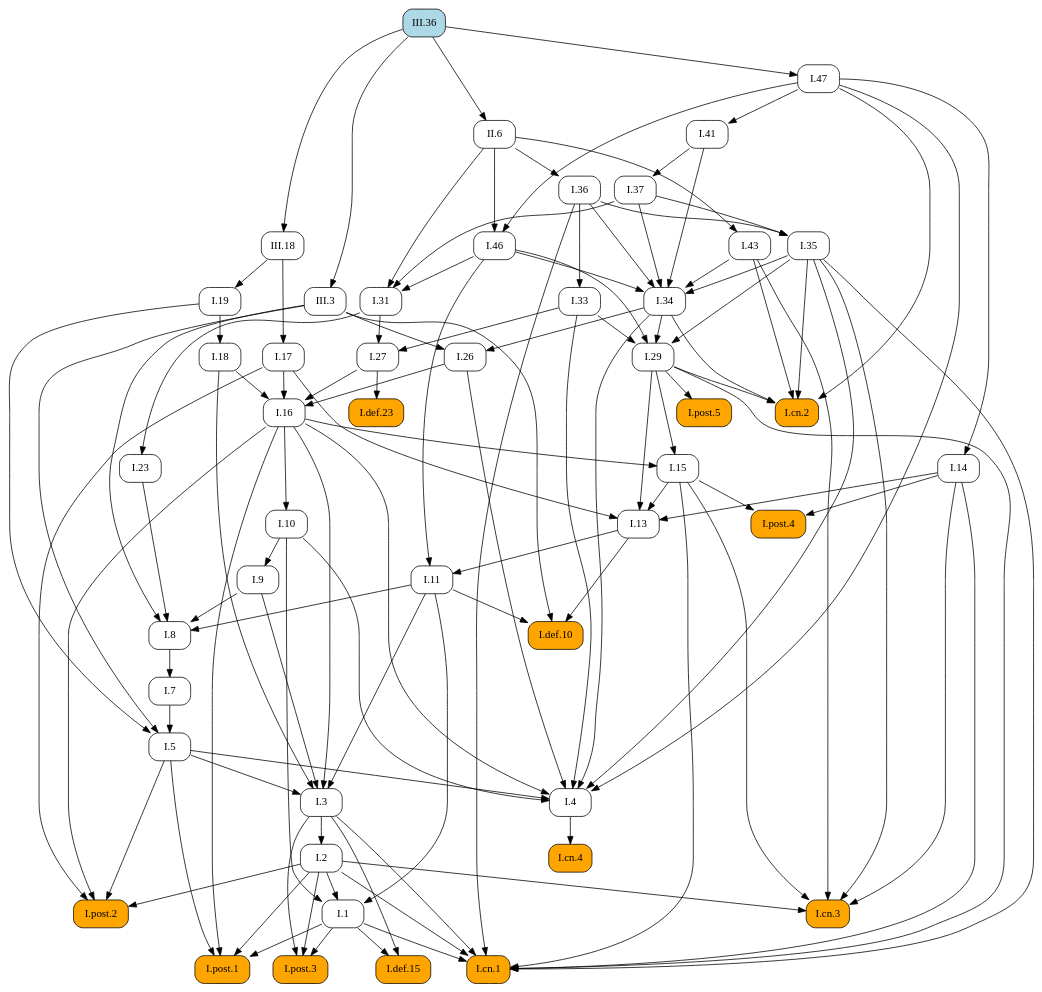
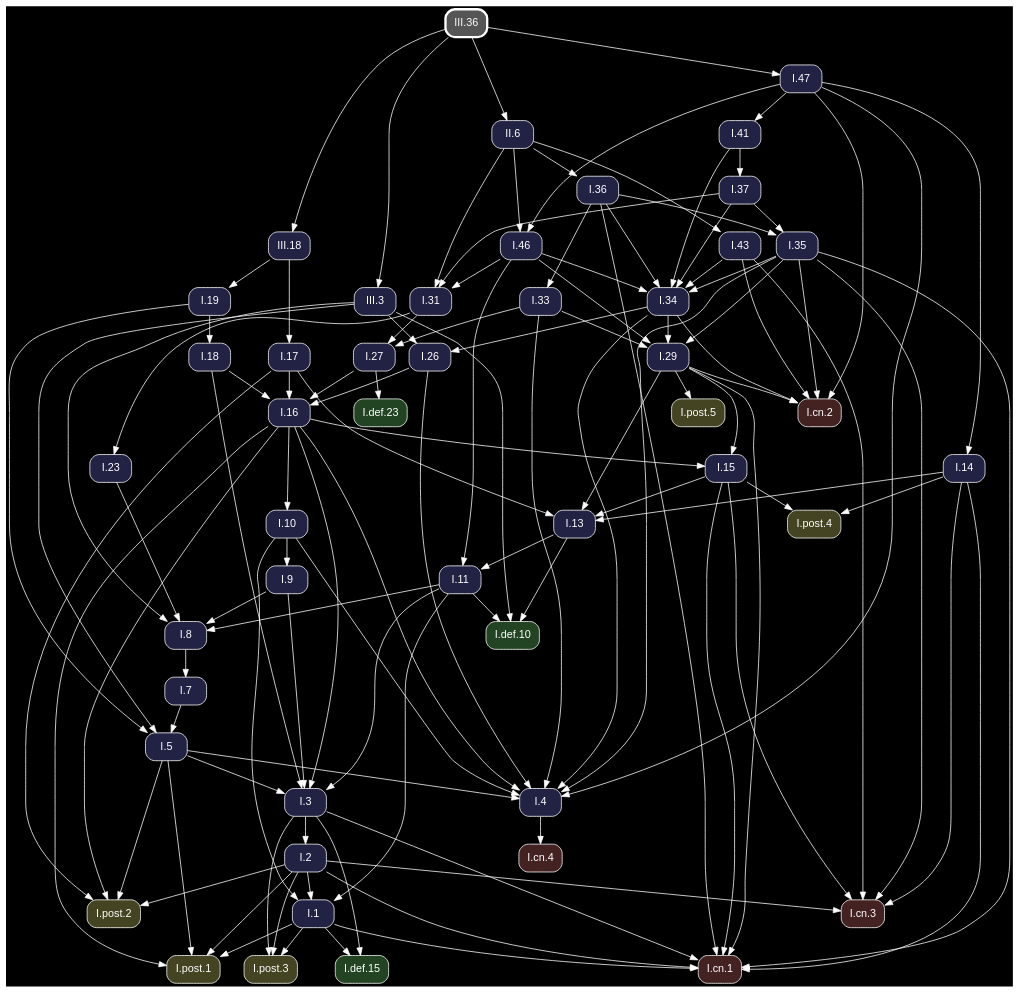
Before and after one commit to geometor/elements: the diagram in docsrc/heath/III/36/index.rst, drawn with Graphviz. The commit also changed other lines of this file and 1200 other files, not shown here.

Commit message:
update dependency graphs

```diff
--- a/docsrc/heath/III/36/index.rst
+++ b/docsrc/heath/III/36/index.rst
@@ -69,94 +69,65 @@
 .. graphviz::
 
    digraph {
+     bgcolor="black";
+     node [shape=box, style="rounded,filled", fontname="Helvetica", color="white", fontcolor="white"];
+     edge [color="white", fontcolor="white"];
      rankdir="TB";
-     node [shape=box, style=rounded];
-     "I.23" [URL="/heath/I/23/", target="_top"];
-     "I.9" [URL="/heath/I/9/", target="_top"];
-     "I.33" [URL="/heath/I/33/", target="_top"];
-     "I.def.15" [style="rounded,filled", fillcolor=orange, URL="/heath/I/def.15/", target="_top"];
-     "I.47" [URL="/heath/I/47/", target="_top"];
-     "II.6" [URL="/heath/II/6/", target="_top"];
-     "I.post.3" [style="rounded,filled", fillcolor=orange, URL="/heath/I/post.3/", target="_top"];
-     "I.post.1" [style="rounded,filled", fillcolor=orange, URL="/heath/I/post.1/", target="_top"];
-     "I.19" [URL="/heath/I/19/", target="_top"];
-     "I.43" [URL="/heath/I/43/", target="_top"];
-     "I.31" [URL="/heath/I/31/", target="_top"];
-     "I.def.10" [style="rounded,filled", fillcolor=orange, URL="/heath/I/def.10/", target="_top"];
-     "I.18" [URL="/heath/I/18/", target="_top"];
-     "I.27" [URL="/heath/I/27/", target="_top"];
-     "I.14" [URL="/heath/I/14/", target="_top"];
-     "I.34" [URL="/heath/I/34/", target="_top"];
-     "I.3" [URL="/heath/I/3/", target="_top"];
-     "I.35" [URL="/heath/I/35/", target="_top"];
-     "I.cn.1" [style="rounded,filled", fillcolor=orange, URL="/heath/I/cn.1/", target="_top"];
-     "III.18" [URL="/heath/III/18/", target="_top"];
-     "I.7" [URL="/heath/I/7/", target="_top"];
-     "I.2" [URL="/heath/I/2/", target="_top"];
-     "III.36" [style="rounded,filled", fillcolor=lightblue, URL="/heath/III/36/", target="_top"];
-     "I.36" [URL="/heath/I/36/", target="_top"];
-     "I.13" [URL="/heath/I/13/", target="_top"];
-     "I.post.4" [style="rounded,filled", fillcolor=orange, URL="/heath/I/post.4/", target="_top"];
-     "I.4" [URL="/heath/I/4/", target="_top"];
-     "I.1" [URL="/heath/I/1/", target="_top"];
-     "I.5" [URL="/heath/I/5/", target="_top"];
-     "I.8" [URL="/heath/I/8/", target="_top"];
-     "I.17" [URL="/heath/I/17/", target="_top"];
-     "III.3" [URL="/heath/III/3/", target="_top"];
-     "I.37" [URL="/heath/I/37/", target="_top"];
-     "I.cn.3" [style="rounded,filled", fillcolor=orange, URL="/heath/I/cn.3/", target="_top"];
-     "I.29" [URL="/heath/I/29/", target="_top"];
-     "I.16" [URL="/heath/I/16/", target="_top"];
-     "I.15" [URL="/heath/I/15/", target="_top"];
-     "I.10" [URL="/heath/I/10/", target="_top"];
-     "I.11" [URL="/heath/I/11/", target="_top"];
-     "I.def.23" [style="rounded,filled", fillcolor=orange, URL="/heath/I/def.23/", target="_top"];
-     "I.cn.2" [style="rounded,filled", fillcolor=orange, URL="/heath/I/cn.2/", target="_top"];
-     "I.post.5" [style="rounded,filled", fillcolor=orange, URL="/heath/I/post.5/", target="_top"];
-     "I.cn.4" [style="rounded,filled", fillcolor=orange, URL="/heath/I/cn.4/", target="_top"];
-     "I.41" [URL="/heath/I/41/", target="_top"];
-     "I.post.2" [style="rounded,filled", fillcolor=orange, URL="/heath/I/post.2/", target="_top"];
-     "I.46" [URL="/heath/I/46/", target="_top"];
-     "I.26" [URL="/heath/I/26/", target="_top"];
-     "I.31" -> "I.23";
-     "I.10" -> "I.9";
-     "I.36" -> "I.33";
-     "I.1" -> "I.def.15";
-     "I.3" -> "I.def.15";
-     "III.36" -> "I.47";
-     "III.36" -> "II.6";
-     "I.1" -> "I.post.3";
-     "I.2" -> "I.post.3";
-     "I.3" -> "I.post.3";
-     "I.1" -> "I.post.1";
-     "I.2" -> "I.post.1";
-     "I.5" -> "I.post.1";
-     "I.16" -> "I.post.1";
-     "III.18" -> "I.19";
-     "II.6" -> "I.43";
+     "I.31" [fillcolor="#222244", URL="/heath/I/31/", target="_top"];
+     "I.3" [fillcolor="#222244", URL="/heath/I/3/", target="_top"];
+     "I.cn.1" [fillcolor="#442222", URL="/heath/I/cn.1/", target="_top"];
+     "I.19" [fillcolor="#222244", URL="/heath/I/19/", target="_top"];
+     "I.def.10" [fillcolor="#224422", URL="/heath/I/def.10/", target="_top"];
+     "I.15" [fillcolor="#222244", URL="/heath/I/15/", target="_top"];
+     "III.18" [fillcolor="#222244", URL="/heath/III/18/", target="_top"];
+     "I.13" [fillcolor="#222244", URL="/heath/I/13/", target="_top"];
+     "I.27" [fillcolor="#222244", URL="/heath/I/27/", target="_top"];
+     "I.2" [fillcolor="#222244", URL="/heath/I/2/", target="_top"];
+     "I.41" [fillcolor="#222244", URL="/heath/I/41/", target="_top"];
+     "I.cn.2" [fillcolor="#442222", URL="/heath/I/cn.2/", target="_top"];
+     "I.9" [fillcolor="#222244", URL="/heath/I/9/", target="_top"];
+     "I.43" [fillcolor="#222244", URL="/heath/I/43/", target="_top"];
+     "II.6" [fillcolor="#222244", URL="/heath/II/6/", target="_top"];
+     "I.1" [fillcolor="#222244", URL="/heath/I/1/", target="_top"];
+     "I.post.5" [fillcolor="#444422", URL="/heath/I/post.5/", target="_top"];
+     "I.post.4" [fillcolor="#444422", URL="/heath/I/post.4/", target="_top"];
+     "I.23" [fillcolor="#222244", URL="/heath/I/23/", target="_top"];
+     "I.26" [fillcolor="#222244", URL="/heath/I/26/", target="_top"];
+     "I.8" [fillcolor="#222244", URL="/heath/I/8/", target="_top"];
+     "I.4" [fillcolor="#222244", URL="/heath/I/4/", target="_top"];
+     "I.7" [fillcolor="#222244", URL="/heath/I/7/", target="_top"];
+     "I.5" [fillcolor="#222244", URL="/heath/I/5/", target="_top"];
+     "I.10" [fillcolor="#222244", URL="/heath/I/10/", target="_top"];
+     "I.46" [fillcolor="#222244", URL="/heath/I/46/", target="_top"];
+     "III.36" [penwidth=3, color="white", fillcolor="#555555", URL="/heath/III/36/", target="_top"];
+     "I.post.1" [fillcolor="#444422", URL="/heath/I/post.1/", target="_top"];
+     "I.11" [fillcolor="#222244", URL="/heath/I/11/", target="_top"];
+     "I.37" [fillcolor="#222244", URL="/heath/I/37/", target="_top"];
+     "I.16" [fillcolor="#222244", URL="/heath/I/16/", target="_top"];
+     "I.cn.3" [fillcolor="#442222", URL="/heath/I/cn.3/", target="_top"];
+     "I.36" [fillcolor="#222244", URL="/heath/I/36/", target="_top"];
+     "I.29" [fillcolor="#222244", URL="/heath/I/29/", target="_top"];
+     "I.post.2" [fillcolor="#444422", URL="/heath/I/post.2/", target="_top"];
+     "I.cn.4" [fillcolor="#442222", URL="/heath/I/cn.4/", target="_top"];
+     "I.47" [fillcolor="#222244", URL="/heath/I/47/", target="_top"];
+     "I.14" [fillcolor="#222244", URL="/heath/I/14/", target="_top"];
+     "I.35" [fillcolor="#222244", URL="/heath/I/35/", target="_top"];
+     "I.def.23" [fillcolor="#224422", URL="/heath/I/def.23/", target="_top"];
+     "III.3" [fillcolor="#222244", URL="/heath/III/3/", target="_top"];
+     "I.post.3" [fillcolor="#444422", URL="/heath/I/post.3/", target="_top"];
+     "I.33" [fillcolor="#222244", URL="/heath/I/33/", target="_top"];
+     "I.18" [fillcolor="#222244", URL="/heath/I/18/", target="_top"];
+     "I.34" [fillcolor="#222244", URL="/heath/I/34/", target="_top"];
+     "I.def.15" [fillcolor="#224422", URL="/heath/I/def.15/", target="_top"];
+     "I.17" [fillcolor="#222244", URL="/heath/I/17/", target="_top"];
      "I.37" -> "I.31";
      "I.46" -> "I.31";
      "II.6" -> "I.31";
-     "I.11" -> "I.def.10";
-     "I.13" -> "I.def.10";
-     "III.3" -> "I.def.10";
-     "I.19" -> "I.18";
-     "I.31" -> "I.27";
-     "I.33" -> "I.27";
-     "I.47" -> "I.14";
-     "I.35" -> "I.34";
-     "I.36" -> "I.34";
-     "I.37" -> "I.34";
-     "I.41" -> "I.34";
-     "I.43" -> "I.34";
-     "I.46" -> "I.34";
      "I.5" -> "I.3";
      "I.9" -> "I.3";
      "I.11" -> "I.3";
      "I.16" -> "I.3";
      "I.18" -> "I.3";
-     "I.36" -> "I.35";
-     "I.37" -> "I.35";
      "I.1" -> "I.cn.1";
      "I.2" -> "I.cn.1";
      "I.3" -> "I.cn.1";
@@ -165,16 +136,42 @@
      "I.29" -> "I.cn.1";
      "I.35" -> "I.cn.1";
      "I.36" -> "I.cn.1";
+     "III.18" -> "I.19";
+     "I.11" -> "I.def.10";
+     "I.13" -> "I.def.10";
+     "III.3" -> "I.def.10";
+     "I.16" -> "I.15";
+     "I.29" -> "I.15";
      "III.36" -> "III.18";
-     "I.8" -> "I.7";
-     "I.3" -> "I.2";
-     "II.6" -> "I.36";
      "I.14" -> "I.13";
      "I.15" -> "I.13";
      "I.17" -> "I.13";
      "I.29" -> "I.13";
+     "I.31" -> "I.27";
+     "I.33" -> "I.27";
+     "I.3" -> "I.2";
+     "I.47" -> "I.41";
+     "I.29" -> "I.cn.2";
+     "I.34" -> "I.cn.2";
+     "I.35" -> "I.cn.2";
+     "I.43" -> "I.cn.2";
+     "I.47" -> "I.cn.2";
+     "I.10" -> "I.9";
+     "II.6" -> "I.43";
+     "III.36" -> "II.6";
+     "I.2" -> "I.1";
+     "I.10" -> "I.1";
+     "I.11" -> "I.1";
+     "I.29" -> "I.post.5";
      "I.14" -> "I.post.4";
      "I.15" -> "I.post.4";
+     "I.31" -> "I.23";
+     "I.34" -> "I.26";
+     "III.3" -> "I.26";
+     "I.9" -> "I.8";
+     "I.11" -> "I.8";
+     "I.23" -> "I.8";
+     "III.3" -> "I.8";
      "I.5" -> "I.4";
      "I.10" -> "I.4";
      "I.16" -> "I.4";
@@ -183,52 +180,57 @@
      "I.34" -> "I.4";
      "I.35" -> "I.4";
      "I.47" -> "I.4";
-     "I.2" -> "I.1";
-     "I.10" -> "I.1";
-     "I.11" -> "I.1";
+     "I.8" -> "I.7";
      "I.7" -> "I.5";
      "I.19" -> "I.5";
      "III.3" -> "I.5";
-     "I.9" -> "I.8";
-     "I.11" -> "I.8";
-     "I.23" -> "I.8";
-     "III.3" -> "I.8";
-     "III.18" -> "I.17";
-     "III.36" -> "III.3";
+     "I.16" -> "I.10";
+     "I.47" -> "I.46";
+     "II.6" -> "I.46";
+     "I.1" -> "I.post.1";
+     "I.2" -> "I.post.1";
+     "I.5" -> "I.post.1";
+     "I.16" -> "I.post.1";
+     "I.13" -> "I.11";
+     "I.46" -> "I.11";
      "I.41" -> "I.37";
+     "I.17" -> "I.16";
+     "I.18" -> "I.16";
+     "I.26" -> "I.16";
+     "I.27" -> "I.16";
      "I.2" -> "I.cn.3";
      "I.14" -> "I.cn.3";
      "I.15" -> "I.cn.3";
      "I.35" -> "I.cn.3";
      "I.43" -> "I.cn.3";
+     "II.6" -> "I.36";
      "I.33" -> "I.29";
      "I.34" -> "I.29";
      "I.35" -> "I.29";
      "I.46" -> "I.29";
-     "I.17" -> "I.16";
-     "I.18" -> "I.16";
-     "I.26" -> "I.16";
-     "I.27" -> "I.16";
-     "I.16" -> "I.15";
-     "I.29" -> "I.15";
-     "I.16" -> "I.10";
-     "I.13" -> "I.11";
-     "I.46" -> "I.11";
-     "I.27" -> "I.def.23";
-     "I.29" -> "I.cn.2";
-     "I.34" -> "I.cn.2";
-     "I.35" -> "I.cn.2";
-     "I.43" -> "I.cn.2";
-     "I.47" -> "I.cn.2";
-     "I.29" -> "I.post.5";
-     "I.4" -> "I.cn.4";
-     "I.47" -> "I.41";
      "I.2" -> "I.post.2";
      "I.5" -> "I.post.2";
      "I.16" -> "I.post.2";
      "I.17" -> "I.post.2";
-     "I.47" -> "I.46";
-     "II.6" -> "I.46";
-     "I.34" -> "I.26";
-     "III.3" -> "I.26";
+     "I.4" -> "I.cn.4";
+     "III.36" -> "I.47";
+     "I.47" -> "I.14";
+     "I.36" -> "I.35";
+     "I.37" -> "I.35";
+     "I.27" -> "I.def.23";
+     "III.36" -> "III.3";
+     "I.1" -> "I.post.3";
+     "I.2" -> "I.post.3";
+     "I.3" -> "I.post.3";
+     "I.36" -> "I.33";
+     "I.19" -> "I.18";
+     "I.35" -> "I.34";
+     "I.36" -> "I.34";
+     "I.37" -> "I.34";
+     "I.41" -> "I.34";
+     "I.43" -> "I.34";
+     "I.46" -> "I.34";
+     "I.1" -> "I.def.15";
+     "I.3" -> "I.def.15";
+     "III.18" -> "I.17";
    }
```
